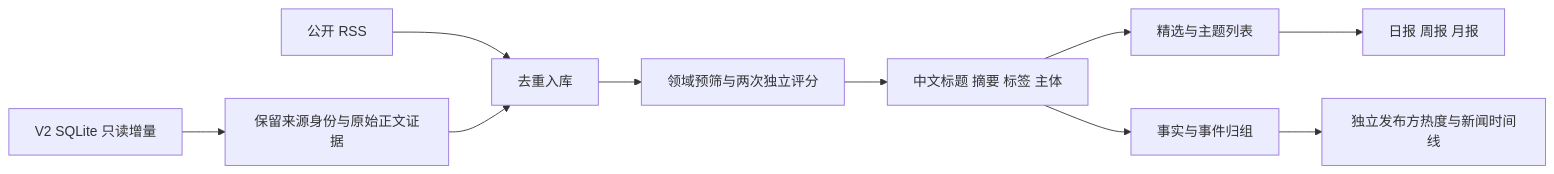
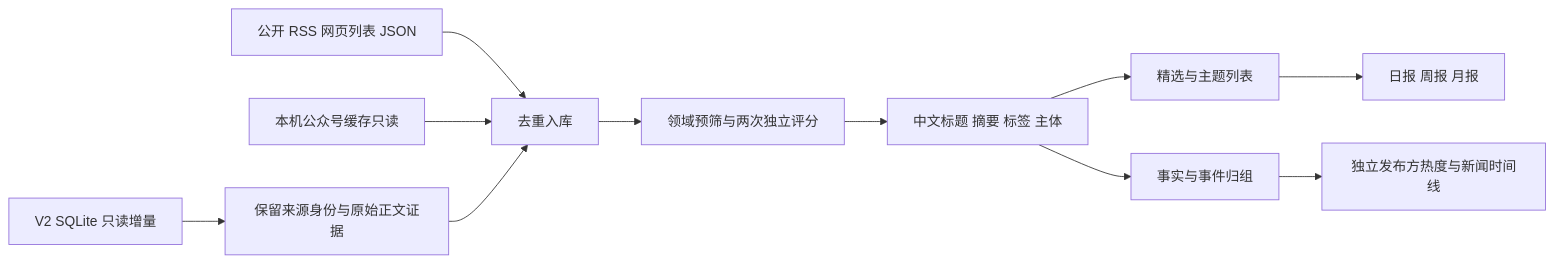
The diagram in README.md (CosmosHWPG/AIHOT), drawn with Mermaid before and after one commit. The commit also changed other lines of this file and 38 other files, not shown here.

````diff
--- a/README.md
+++ b/README.md
@@ -28,12 +28,13 @@
 ```mermaid
 flowchart LR
   V[V2 SQLite 只读增量] --> B[保留来源身份与原始正文证据]
-  R[公开 RSS] --> I[去重入库]
+  R[公开 RSS 网页列表 JSON] --> I[去重入库]
+  W[本机公众号缓存只读] --> I
   B --> I
   I --> P[领域预筛与两次独立评分]
   P --> C[中文标题 摘要 标签 主体]
   C --> T[精选与主题列表]
   C --> E[事实与事件归组]
   E --> H[独立发布方热度与新闻时间线]
   T --> D[日报 周报 月报]
 ```
````
